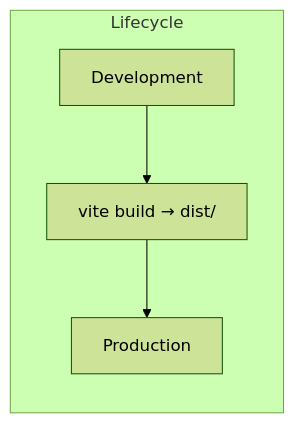
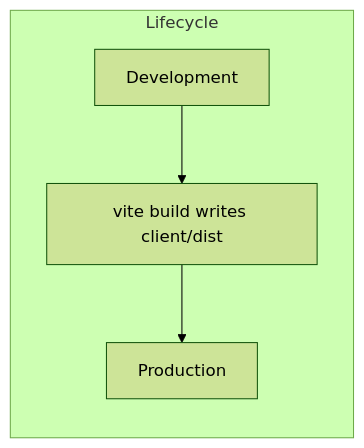
Before and after one commit to becomeonewiththecode/expense_tracker: the second of 10 diagrams in docs/ARCHITECTURE_DIAGRAM.md, drawn with Mermaid (forest theme). The commit also changed other lines of this file and 6 other files, not shown here.

````diff
--- a/docs/ARCHITECTURE_DIAGRAM.md
+++ b/docs/ARCHITECTURE_DIAGRAM.md
@@ -58,10 +60,10 @@
 ```mermaid
 flowchart LR
   subgraph lifecycle [Lifecycle]
     D[Development]
-    B[vite build → dist/]
+    B[vite build writes client/dist]
     P[Production]
     D --> B
     B --> P
   end
 ```
````
